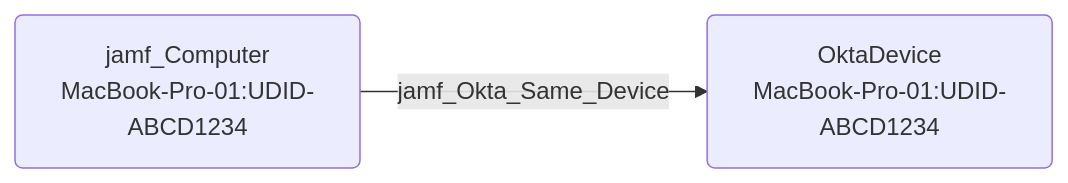
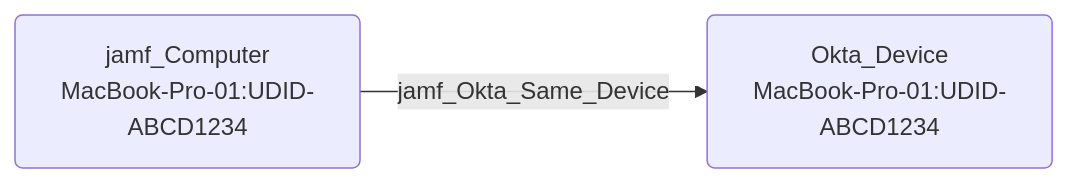
One commit to SpecterOps/bloodhound-docs changed the diagram in docs/opengraph/extensions/jamf/edges/jamf_okta_same_device.mdx. Above: the diagram before and after it, drawn with Mermaid. The commit also changed other lines of this file and 248 other files, not shown here.

````diff
--- a/docs/opengraph/extensions/jamf/edges/jamf_okta_same_device.mdx
+++ b/docs/opengraph/extensions/jamf/edges/jamf_okta_same_device.mdx
@@ -18,8 +19,8 @@
 ```mermaid
 graph LR
     A("jamf_Computer
 MacBook-Pro-01:UDID-ABCD1234")
-    B("OktaDevice
+    B("Okta_Device
 MacBook-Pro-01:UDID-ABCD1234")
     A -- jamf_Okta_Same_Device --> B
 ```
````
